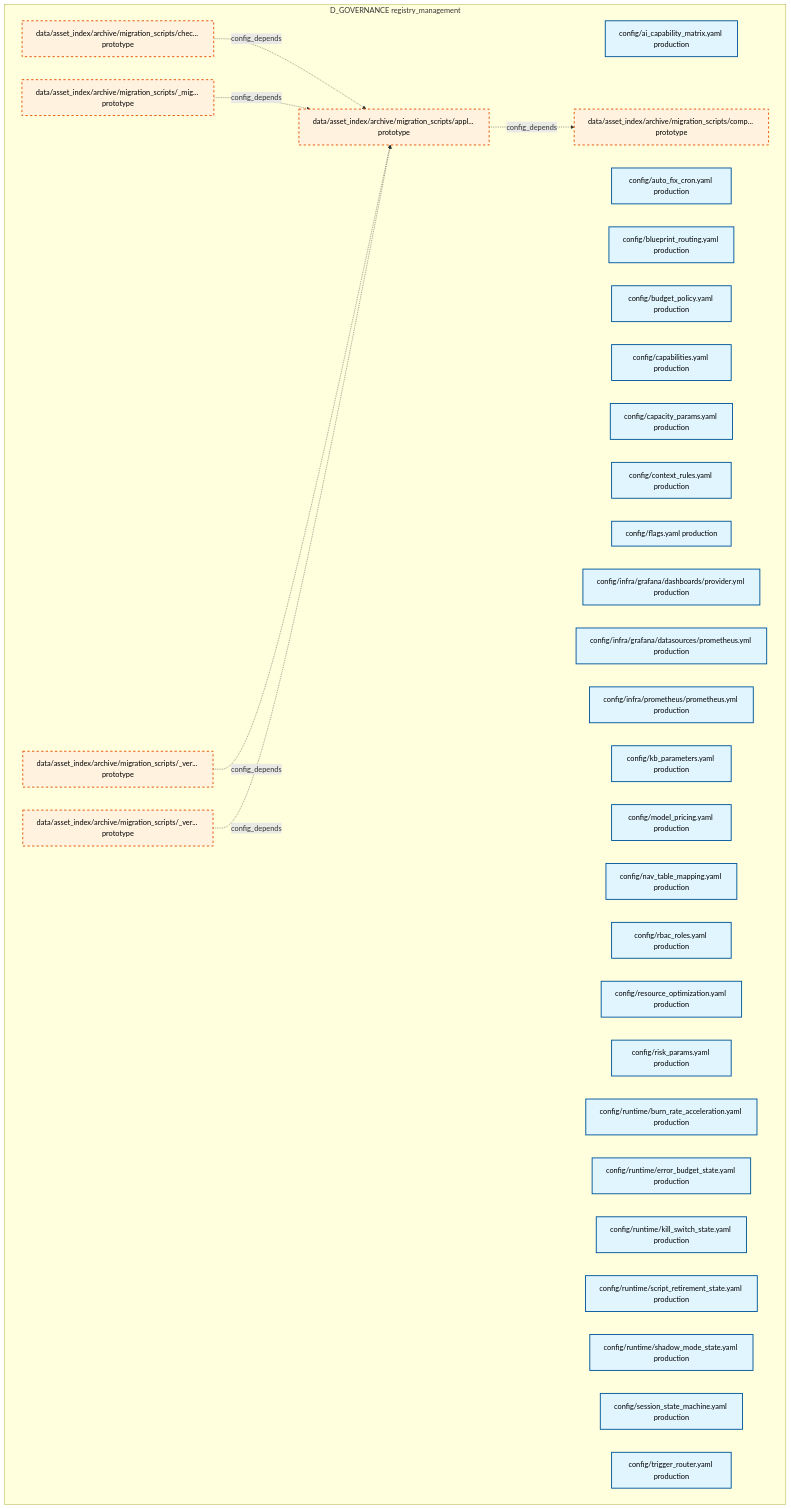
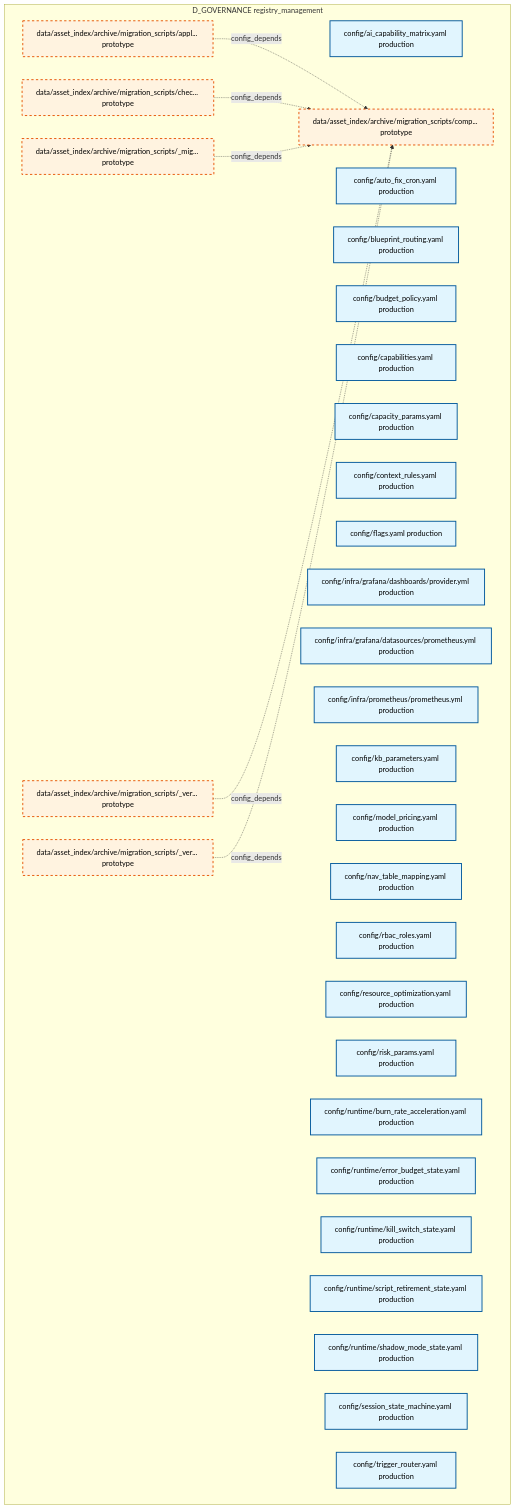
Before and after one commit to xuanFelixVan/ZephyrAlpha: the first of 28 diagrams in docs/02_enterprise_architecture/02_domain_architecture_docs/31_d_governance.md, drawn with Mermaid. The commit also changed other lines of this file and 99 other files, not shown here.

````diff
--- a/docs/02_enterprise_architecture/02_domain_architecture_docs/31_d_governance.md
+++ b/docs/02_enterprise_architecture/02_domain_architecture_docs/31_d_governance.md
@@ -49,46 +49,46 @@
 ```mermaid
 graph TD
     subgraph D_GOVERNANCE["D_GOVERNANCE registry_management"]
         config_ai_capability_matrix_yaml["config/ai_capability_matrix.yaml production"]
         config_auto_fix_cron_yaml["config/auto_fix_cron.yaml production"]
         config_blueprint_routing_yaml["config/blueprint_routing.yaml production"]
         config_budget_policy_yaml["config/budget_policy.yaml production"]
         config_capabilities_yaml["config/capabilities.yaml production"]
         config_capacity_params_yaml["config/capacity_params.yaml production"]
         config_context_rules_yaml["config/context_rules.yaml production"]
         config_flags_yaml["config/flags.yaml production"]
         config_infra_grafana_dashboards_provider_yml["config/infra/grafana/dashboards/provider.yml production"]
         config_infra_grafana_datasources_prometheus_yml["config/infra/grafana/datasources/prometheus.yml production"]
         config_infra_prometheus_prometheus_yml["config/infra/prometheus/prometheus.yml production"]
         config_kb_parameters_yaml["config/kb_parameters.yaml production"]
         config_model_pricing_yaml["config/model_pricing.yaml production"]
         config_nav_table_mapping_yaml["config/nav_table_mapping.yaml production"]
         config_rbac_roles_yaml["config/rbac_roles.yaml production"]
         config_resource_optimization_yaml["config/resource_optimization.yaml production"]
         config_risk_params_yaml["config/risk_params.yaml production"]
         config_runtime_burn_rate_acceleration_yaml["config/runtime/burn_rate_acceleration.yaml production"]
         config_runtime_error_budget_state_yaml["config/runtime/error_budget_state.yaml production"]
         config_runtime_kill_switch_state_yaml["config/runtime/kill_switch_state.yaml production"]
         config_runtime_script_retirement_state_yaml["config/runtime/script_retirement_state.yaml production"]
         config_runtime_shadow_mode_state_yaml["config/runtime/shadow_mode_state.yaml production"]
         config_session_state_machine_yaml["config/session_state_machine.yaml production"]
         config_trigger_router_yaml["config/trigger_router.yaml production"]
         data_asset_index_archive_migration_scripts_migration_shared_py["data/asset_index/archive/migration_scripts/_mig... prototype"]
         data_asset_index_archive_migration_scripts_verify_manifest_py["data/asset_index/archive/migration_scripts/_ver... prototype"]
         data_asset_index_archive_migration_scripts_verify_step4_py["data/asset_index/archive/migration_scripts/_ver... prototype"]
         data_asset_index_archive_migration_scripts_apply_rulings_py["data/asset_index/archive/migration_scripts/appl... prototype"]
         data_asset_index_archive_migration_scripts_check_coverage_py["data/asset_index/archive/migration_scripts/chec... prototype"]
         data_asset_index_archive_migration_scripts_comprehensive_import_fix_py["data/asset_index/archive/migration_scripts/comp... prototype"]
     end
     data_asset_index_archive_migration_scripts_apply_rulings_py -.->|config_depends| data_asset_index_archive_migration_scripts_comprehensive_import_fix_py
-    data_asset_index_archive_migration_scripts_check_coverage_py -.->|config_depends| data_asset_index_archive_migration_scripts_apply_rulings_py
-    data_asset_index_archive_migration_scripts_migration_shared_py -.->|config_depends| data_asset_index_archive_migration_scripts_apply_rulings_py
-    data_asset_index_archive_migration_scripts_verify_step4_py -.->|config_depends| data_asset_index_archive_migration_scripts_apply_rulings_py
-    data_asset_index_archive_migration_scripts_verify_manifest_py -.->|config_depends| data_asset_index_archive_migration_scripts_apply_rulings_py
+    data_asset_index_archive_migration_scripts_check_coverage_py -.->|config_depends| data_asset_index_archive_migration_scripts_comprehensive_import_fix_py
+    data_asset_index_archive_migration_scripts_migration_shared_py -.->|config_depends| data_asset_index_archive_migration_scripts_comprehensive_import_fix_py
+    data_asset_index_archive_migration_scripts_verify_manifest_py -.->|config_depends| data_asset_index_archive_migration_scripts_comprehensive_import_fix_py
+    data_asset_index_archive_migration_scripts_verify_step4_py -.->|config_depends| data_asset_index_archive_migration_scripts_comprehensive_import_fix_py
     classDef production fill:#e1f5fe,stroke:#01579b,stroke-width:2px,color:#000
     classDef design fill:#fff3e0,stroke:#e65100,stroke-width:2px,color:#000,stroke-dasharray: 5 5
     classDef external_prod fill:#e8f5e9,stroke:#1b5e20,stroke-width:1px,color:#000
     classDef external_design fill:#fce4ec,stroke:#880e4f,stroke-width:1px,color:#000,stroke-dasharray: 5 5
     class config_ai_capability_matrix_yaml,config_auto_fix_cron_yaml,config_blueprint_routing_yaml,config_budget_policy_yaml,config_capabilities_yaml,config_capacity_params_yaml,config_context_rules_yaml,config_flags_yaml,config_infra_grafana_dashboards_provider_yml,config_infra_grafana_datasources_prometheus_yml,config_infra_prometheus_prometheus_yml,config_kb_parameters_yaml,config_model_pricing_yaml,config_nav_table_mapping_yaml,config_rbac_roles_yaml,config_resource_optimization_yaml,config_risk_params_yaml,config_runtime_burn_rate_acceleration_yaml,config_runtime_error_budget_state_yaml,config_runtime_kill_switch_state_yaml,config_runtime_script_retirement_state_yaml,config_runtime_shadow_mode_state_yaml,config_session_state_machine_yaml,config_trigger_router_yaml production
     class data_asset_index_archive_migration_scripts_migration_shared_py,data_asset_index_archive_migration_scripts_verify_manifest_py,data_asset_index_archive_migration_scripts_verify_step4_py,data_asset_index_archive_migration_scripts_apply_rulings_py,data_asset_index_archive_migration_scripts_check_coverage_py,data_asset_index_archive_migration_scripts_comprehensive_import_fix_py design
 ```
````
